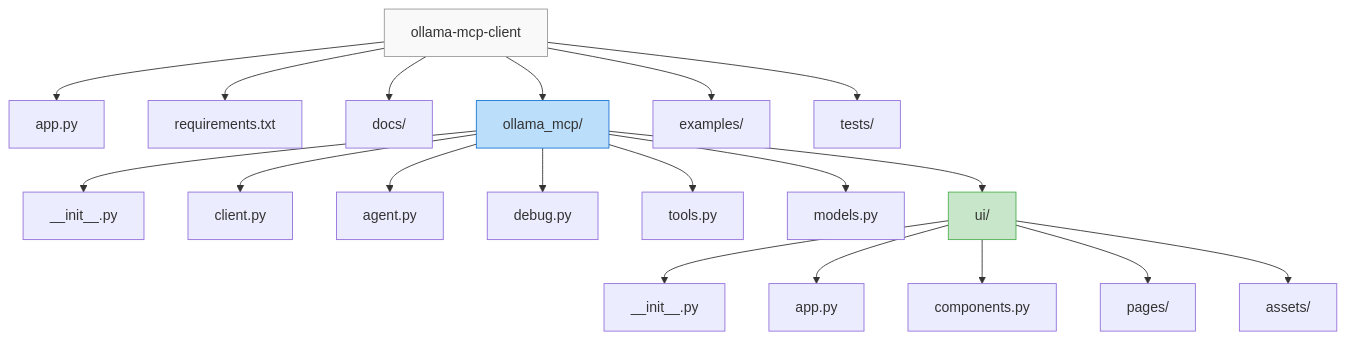
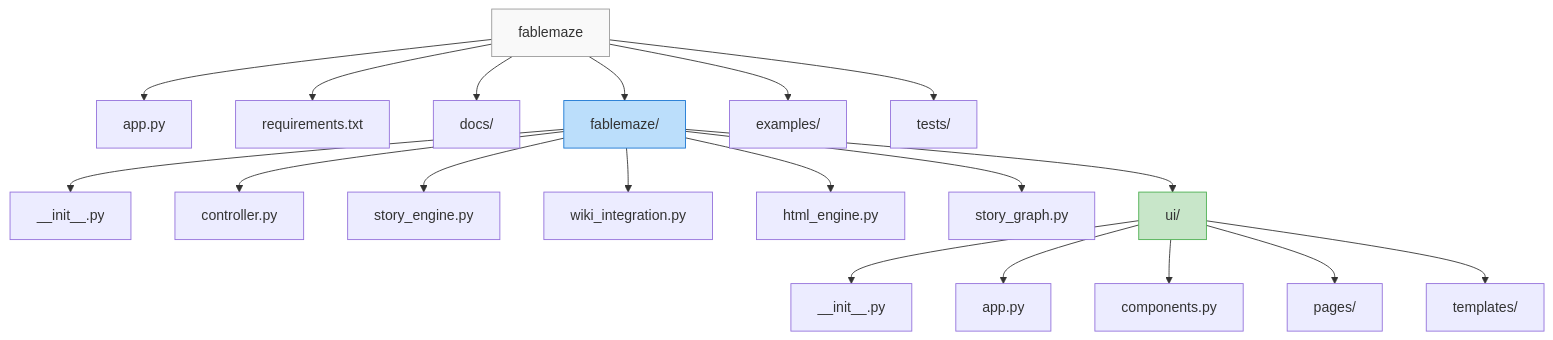
Before and after one commit to NewAITees/FableMaze: the third of 7 diagrams in docs/ARCHITECTURE.md, drawn with Mermaid. The commit also changed other lines of this file and 6 other files, not shown here.

Commit message:
Rename project from Ollama MCP Client & Agent to FableMaze, updating documentation and structure to reflect new branding and functionality focused on interactive story generation. Remove obsolete visualizer module and adjust setup instructions for development environment.

````diff
--- a/docs/ARCHITECTURE.md
+++ b/docs/ARCHITECTURE.md
@@ -159,28 +143,28 @@
 ```mermaid
 graph TD
-    A[ollama-mcp-client] --> B[app.py]
+    A[fablemaze] --> B[app.py]
     A --> C[requirements.txt]
     A --> D[docs/]
-    A --> E[ollama_mcp/]
+    A --> E[fablemaze/]
     
     E --> E1[__init__.py]
-    E --> E2[client.py]
-    E --> E3[agent.py]
-    E --> E4[debug.py]
-    E --> E5[tools.py]
-    E --> E6[models.py]
+    E --> E2[controller.py]
+    E --> E3[story_engine.py]
+    E --> E4[wiki_integration.py]
+    E --> E5[html_engine.py]
+    E --> E6[story_graph.py]
     E --> E7[ui/]
     
     E7 --> E7A[__init__.py]
     E7 --> E7B[app.py]
     E7 --> E7C[components.py]
     E7 --> E7D[pages/]
-    E7 --> E7E[assets/]
+    E7 --> E7E[templates/]
     
     A --> F[examples/]
     A --> G[tests/]
     
     style A fill:#f9f9f9,stroke:#999
     style E fill:#bbdefb,stroke:#1976d2
     style E7 fill:#c8e6c9,stroke:#4caf50
 ```
````
